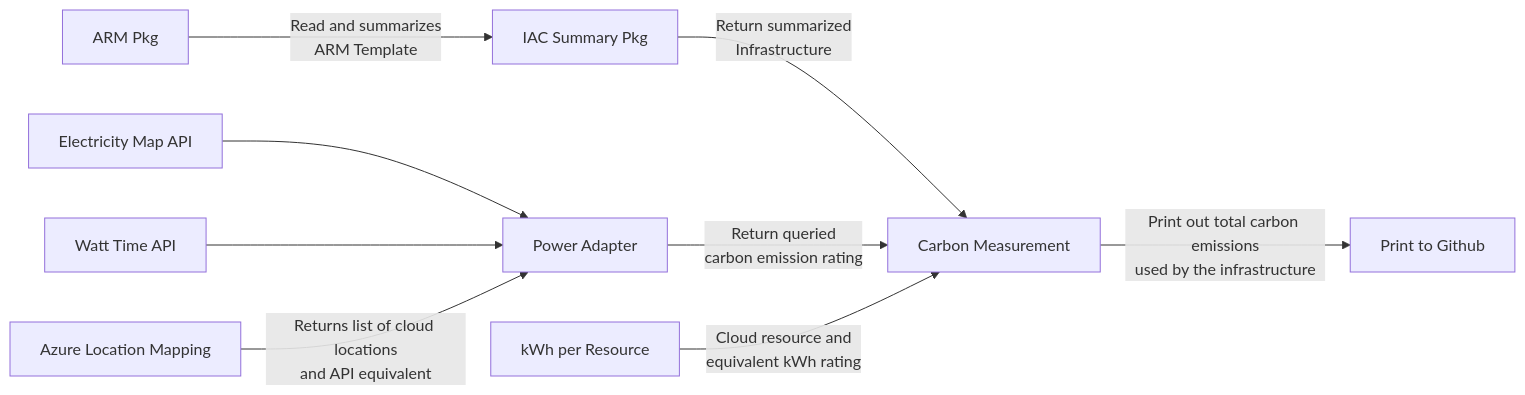
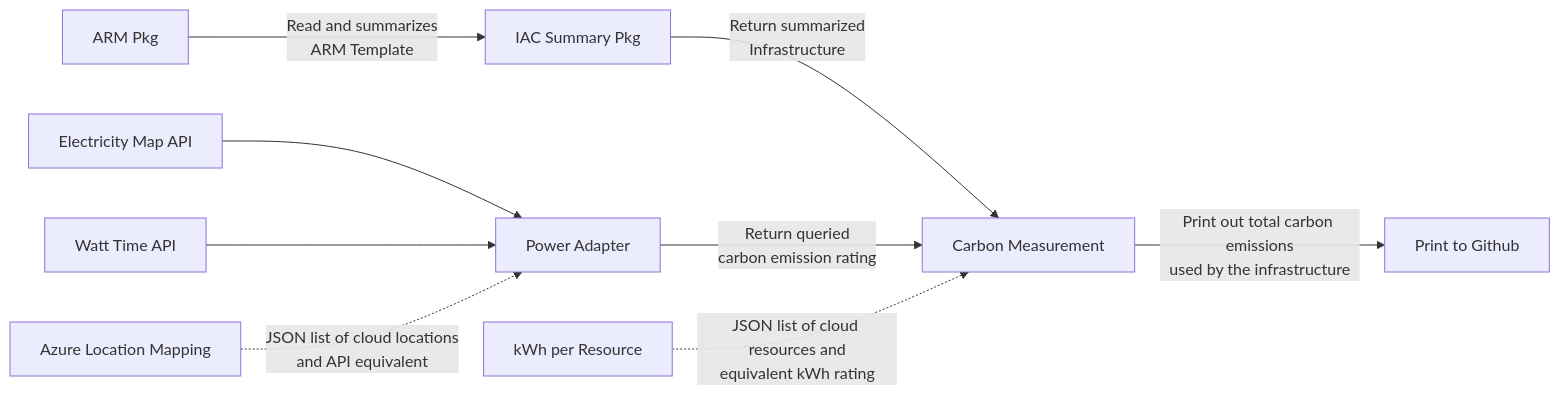
The diagram in docs/start-here.md (Green-Software-Foundation/carbon-ci), drawn with Mermaid before and after one commit.

Commit message:
docs: refactor mermaid diagram

````diff
--- a/docs/start-here.md
+++ b/docs/start-here.md
@@ -21,21 +21,20 @@
 ```mermaid
 flowchart LR
 C[Carbon Measurement]
 G[Print to Github]
 ARM[ARM Pkg]
 IAC[IAC Summary Pkg]
 EM[Electricity Map API]
 PA[Power Adapter]
 WT[Watt Time API]
 LOC[Azure Location Mapping]
 KWH[kWh per Resource]
 
 C --Print out total carbon emissions\nused by the infrastructure--> G
 ARM --Read and summarizes\nARM Template--> IAC
 IAC --Return summarized\nInfrastructure--> C
-EM --> PA
-WT --> PA
-LOC --Returns list of cloud locations\nand API equivalent--> PA
+EM & WT --> PA
+LOC -.JSON list of cloud locations\nand API equivalent.-> PA
 PA --Return queried\ncarbon emission rating--> C
-KWH --Cloud resource and\nequivalent kWh rating--> C
+KWH -.JSON list of cloud resources and\nequivalent kWh rating.-> C
 ```
````
